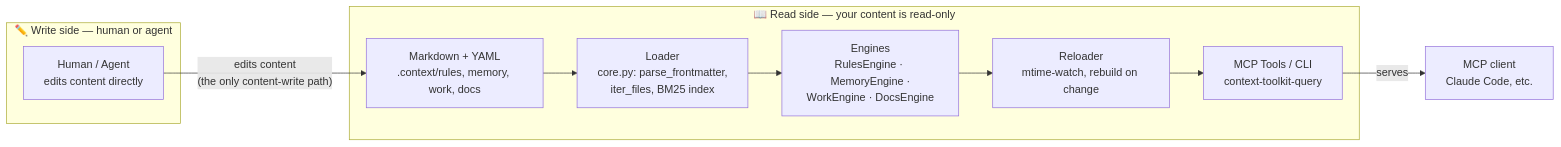
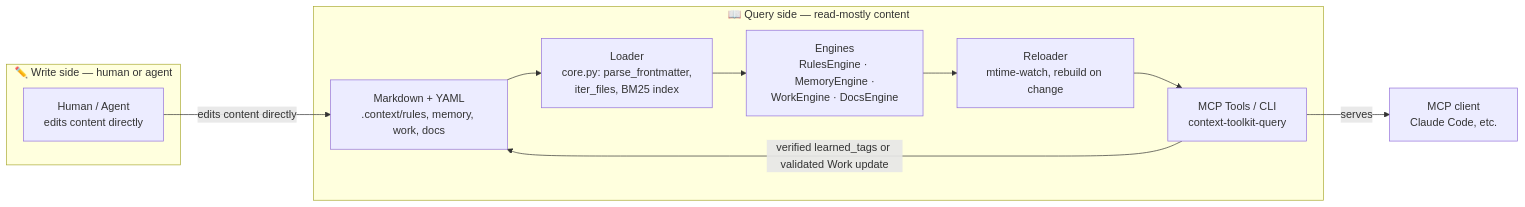
One commit to othmaratzmueller-bit/mcp-context-toolkit changed the diagram in README.md. Above: the diagram before and after it, drawn with Mermaid. The commit also changed other lines of this file and 37 other files, not shown here.

````diff
--- a/README.md
+++ b/README.md
@@ -269,19 +357,20 @@
 ```mermaid
 flowchart LR
     subgraph write["✏️ Write side — human or agent"]
         Human["Human / Agent<br/>edits content directly"]
     end
 
-    subgraph read["📖 Read side — your content is read-only"]
+    subgraph read["📖 Query side — read-mostly content"]
         Files["Markdown + YAML<br/>.context/rules, memory, work, docs"]
         Loader["Loader<br/>core.py: parse_frontmatter,<br/>iter_files, BM25 index"]
         Engines["Engines<br/>RulesEngine · MemoryEngine ·<br/>WorkEngine · DocsEngine"]
         Reloader["Reloader<br/>mtime-watch, rebuild on change"]
         Tools["MCP Tools / CLI<br/>context-toolkit-query"]
 
         Files --> Loader --> Engines --> Reloader --> Tools
     end
 
-    Human -->|"edits content<br/>(the only content-write path)"| Files
+    Human -->|"edits content directly"| Files
+    Tools -->|"verified learned_tags or validated Work update"| Files
     Tools -->|serves| Client["MCP client<br/>Claude Code, etc."]
 ```
````
